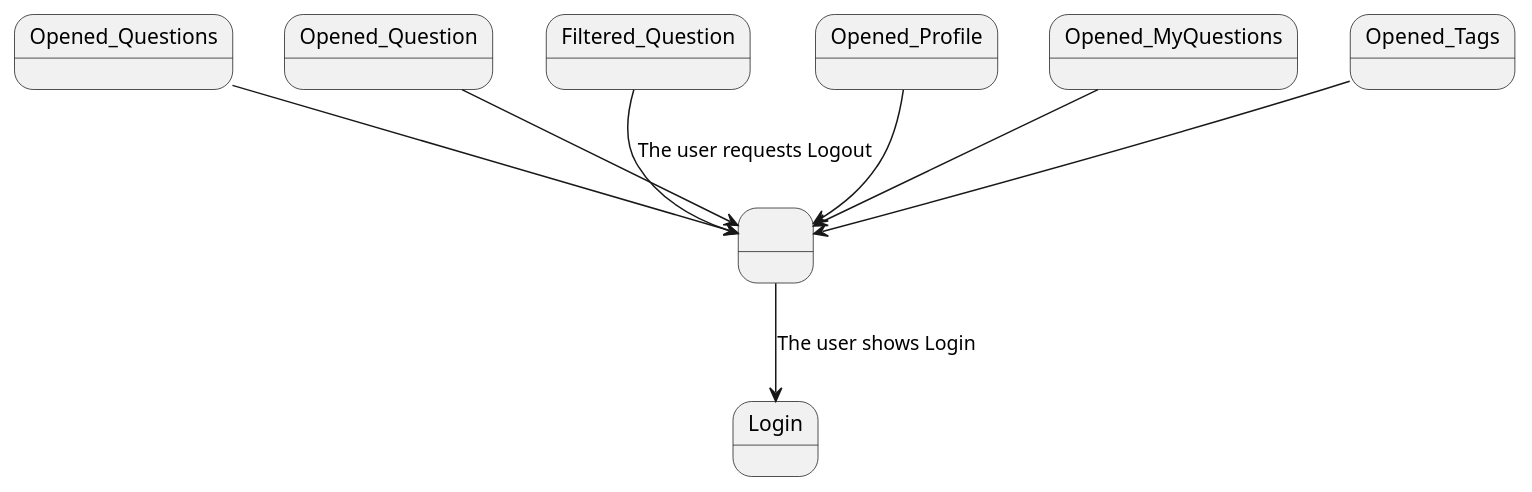
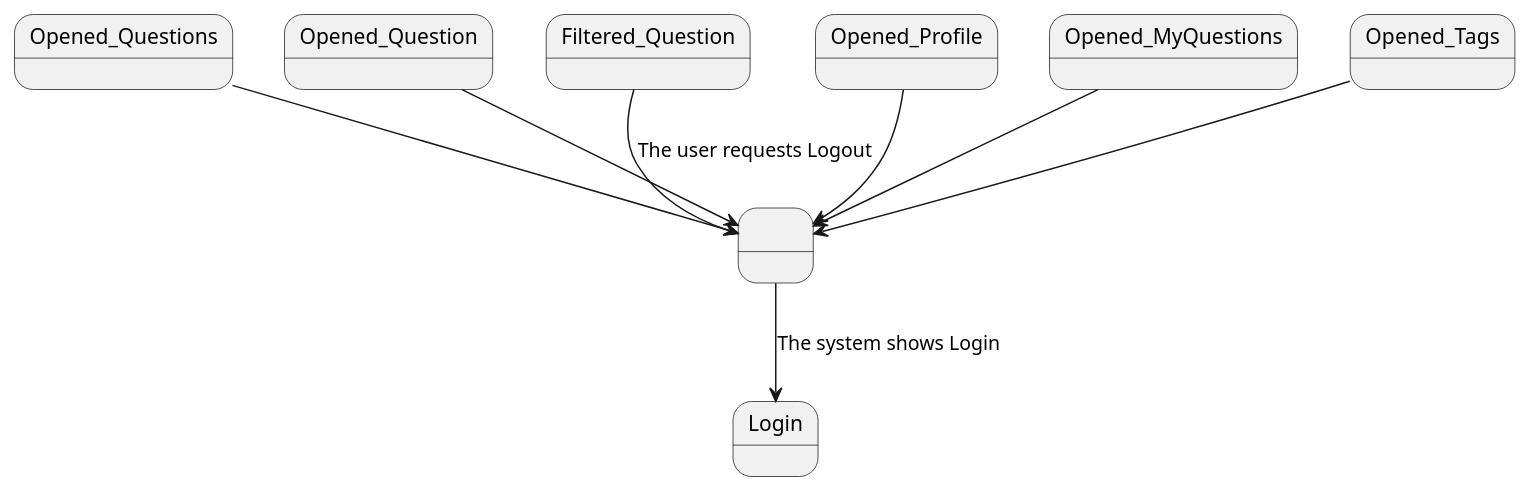
The diagram in src/main/resources/templates/especificacionCasosDeUsoLogout.plantuml (rafaelacirino/miw-backend-foro), drawn with PlantUML before and after one commit. The commit also changed 1 other file, not shown here.

```diff
--- a/src/main/resources/templates/especificacionCasosDeUsoLogout.plantuml
+++ b/src/main/resources/templates/especificacionCasosDeUsoLogout.plantuml
@@ -1,13 +1,13 @@
 @startuml
 
 state " " as Logout
 
 Opened_Questions --> Logout
 Opened_Question --> Logout
 Filtered_Question --> Logout : The user requests Logout
 Opened_Profile -down-> Logout
 Opened_MyQuestions -down-> Logout
 Opened_Tags -down-> Logout
-Logout -down-> Login : The user shows Login
+Logout -down-> Login : The system shows Login
 
 @enduml
```
